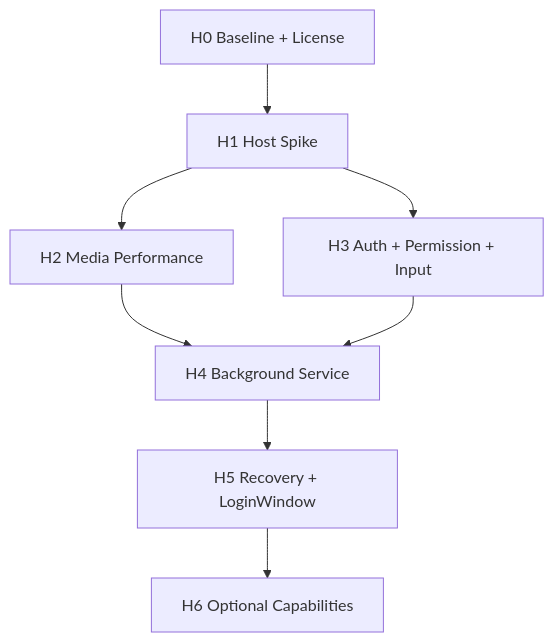
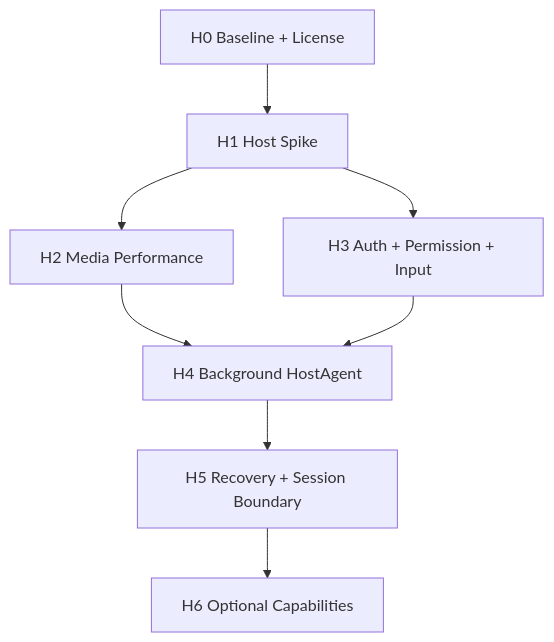
One commit to williamnie/farpane changed the fifth of 5 diagrams in docs/host-mode-design.md. Above: the diagram before and after it, drawn with Mermaid. The commit also changed other lines of this file and 2 other files, not shown here.

````diff
--- a/docs/host-mode-design.md
+++ b/docs/host-mode-design.md
@@ -1023,10 +1159,10 @@
 ```mermaid
 flowchart TD
     H0["H0 Baseline + License"] --> H1["H1 Host Spike"]
     H1 --> H2["H2 Media Performance"]
     H1 --> H3["H3 Auth + Permission + Input"]
-    H2 --> H4["H4 Background Service"]
+    H2 --> H4["H4 Background HostAgent"]
     H3 --> H4
-    H4 --> H5["H5 Recovery + LoginWindow"]
+    H4 --> H5["H5 Recovery + Session Boundary"]
     H5 --> H6["H6 Optional Capabilities"]
 ```
````
